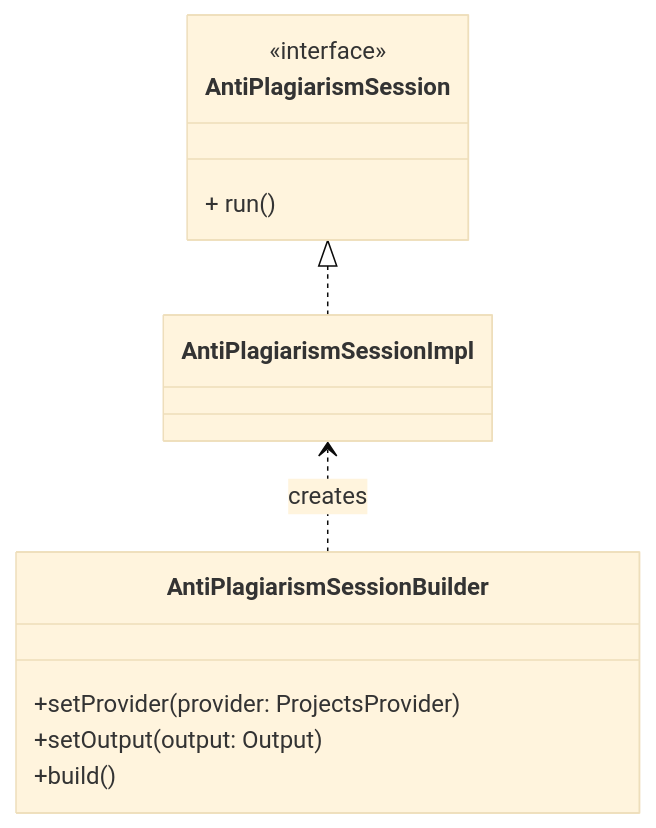
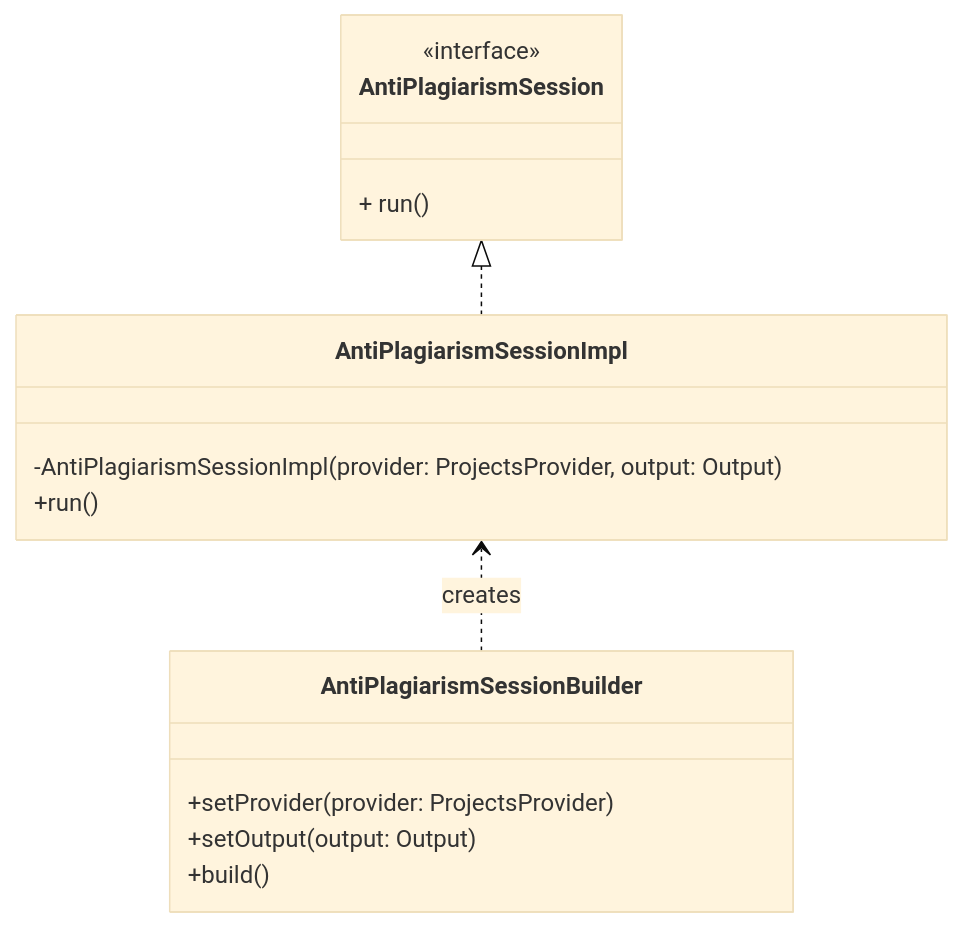
The sixth of 7 diagrams in doc.md (tassiLuca/code-plagiarism-detector-doc), drawn with Mermaid (base theme) before and after one commit. The commit also changed other lines of this file, not shown here.

Commit message:
docs: refined projects provider schemas

````diff
--- a/doc.md
+++ b/doc.md
@@ -194,18 +230,21 @@
 ```mermaid
 classDiagram
     direction BT
     class AntiPlagiarismSession {
         <<interface>>
         + run()
     }
 
-    class AntiPlagiarismSessionImpl 
+    class AntiPlagiarismSessionImpl {
+        -AntiPlagiarismSessionImpl(provider: ProjectsProvider, output: Output)
+        +run()
+    }
     AntiPlagiarismSessionImpl ..|> AntiPlagiarismSession
 
     class AntiPlagiarismSessionBuilder {
         +setProvider(provider: ProjectsProvider)
         +setOutput(output: Output)
         +build()
     }
     AntiPlagiarismSessionBuilder ..> AntiPlagiarismSessionImpl: creates
 ```
````
